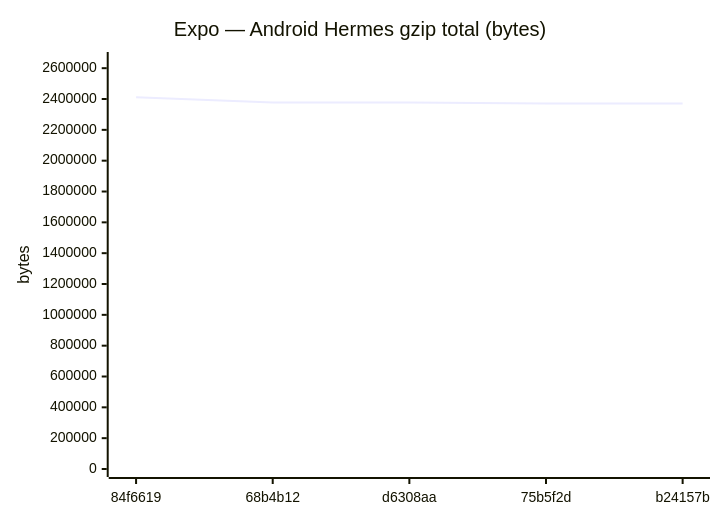
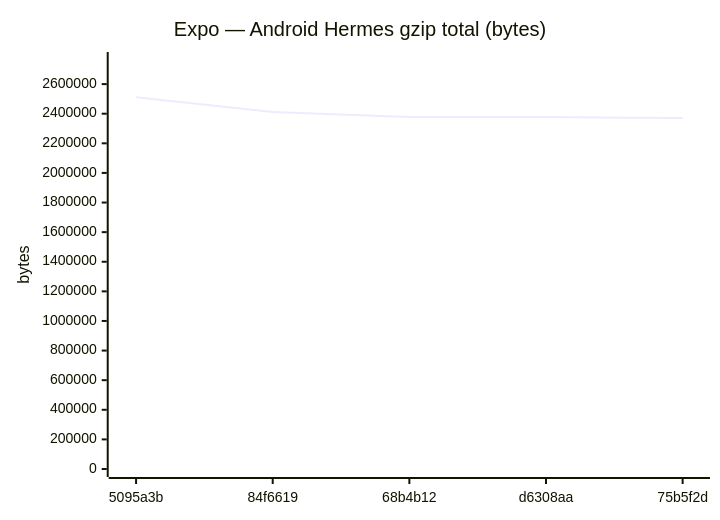
One commit to Metaheurist/Rianell changed diagram 11 of 18 in benchmarks/compare.md. Above: the diagram before and after it, drawn with Mermaid. The commit also changed other lines of this file and 11 other files, not shown here.

````diff
--- a/benchmarks/compare.md
+++ b/benchmarks/compare.md
@@ -172,7 +172,7 @@
 ```mermaid
 xychart-beta
     title "Expo — Android Hermes gzip total (bytes)"
-    x-axis ["84f6619", "68b4b12", "d6308aa", "75b5f2d", "b24157b"]
-    y-axis "bytes" 0 --> 2653105
-    line [2411913, 2377489, 2377488, 2370632, 2370632]
+    x-axis ["5095a3b", "84f6619", "68b4b12", "d6308aa", "75b5f2d"]
+    y-axis "bytes" 0 --> 2762834
+    line [2511667, 2411913, 2377489, 2377488, 2370632]
 ```
````
